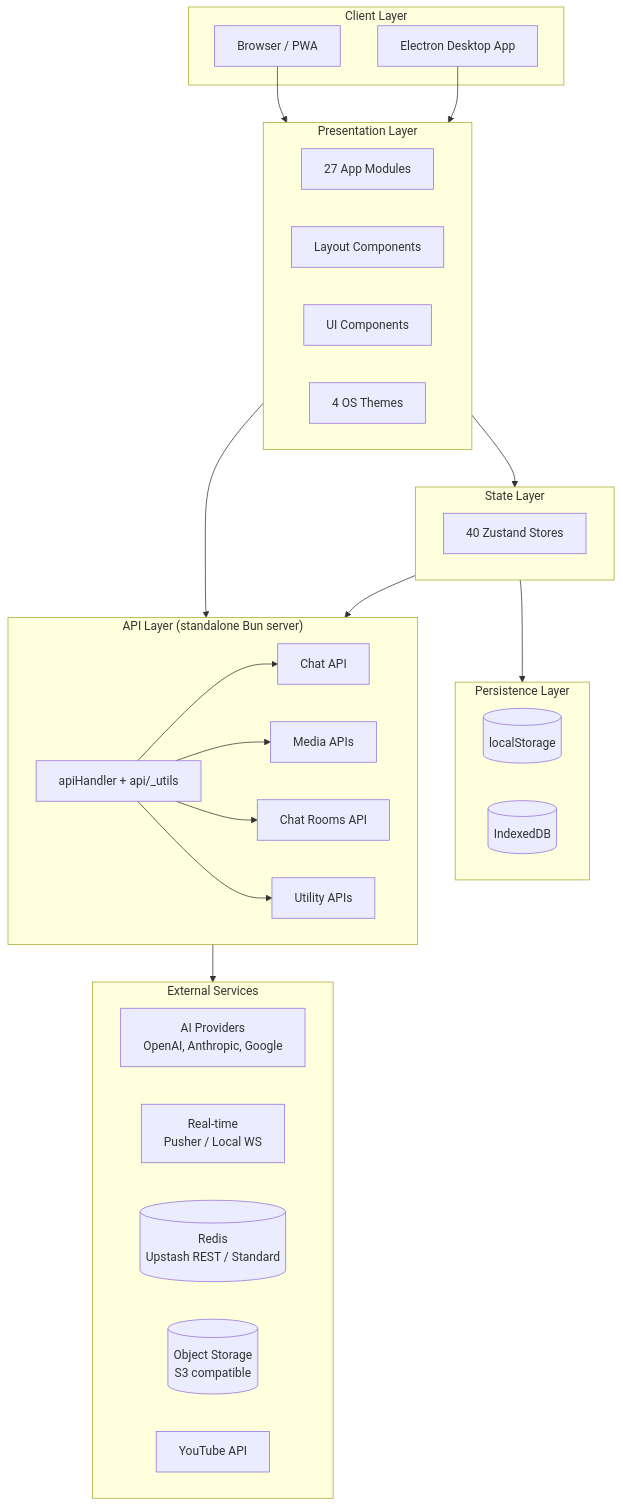
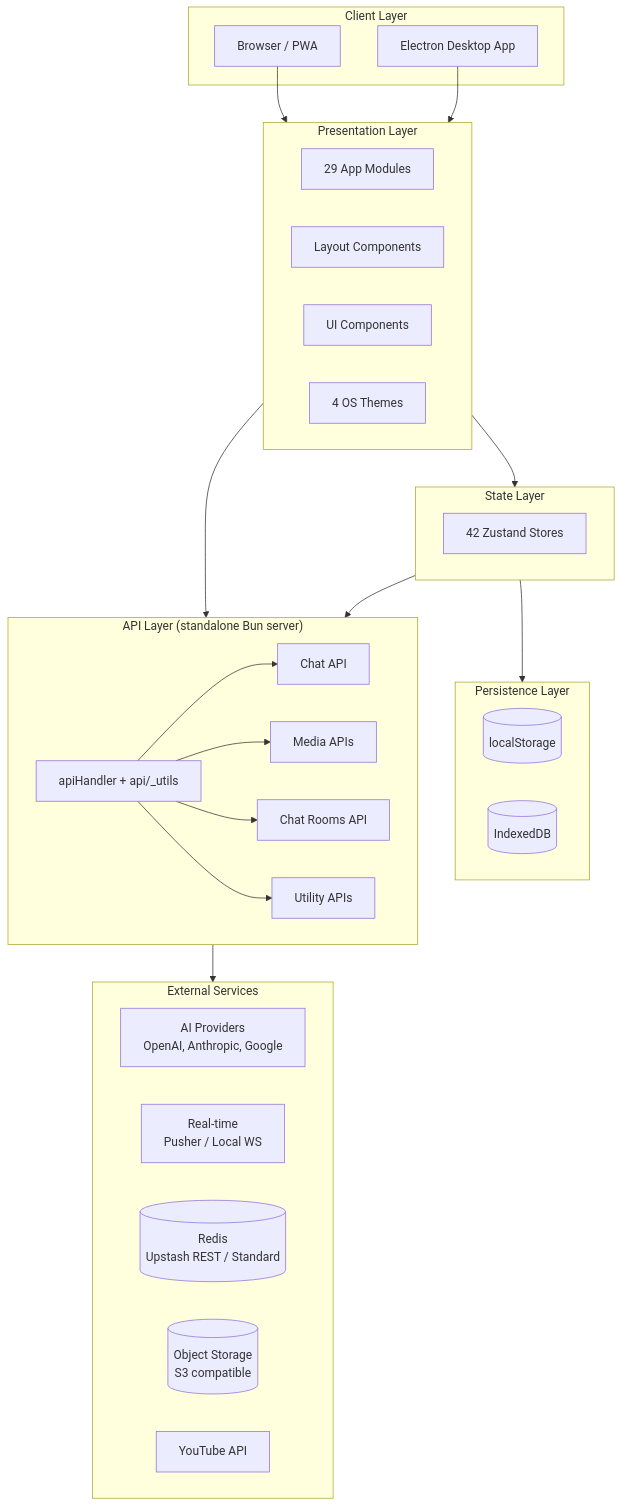
Before and after one commit to ryokun6/ryos: the first of 6 diagrams in docs/1.1-architecture.md, drawn with Mermaid. The commit also changed other lines of this file and 76 other files, not shown here.

````diff
--- a/docs/1.1-architecture.md
+++ b/docs/1.1-architecture.md
@@ -7,51 +7,51 @@
 ```mermaid
 graph TB
     subgraph Client["Client Layer"]
         Browser[Browser / PWA]
         Desktop[Electron Desktop App]
     end
     
     subgraph Presentation["Presentation Layer"]
-        Apps[27 App Modules]
+        Apps[29 App Modules]
         Layout[Layout Components]
         UI[UI Components]
         Themes[4 OS Themes]
     end
     
     subgraph State["State Layer"]
-        Zustand[40 Zustand Stores]
+        Zustand[42 Zustand Stores]
     end
     
     subgraph Persistence["Persistence Layer"]
         LocalStorage[(localStorage)]
         IndexedDB[(IndexedDB)]
     end
     
     subgraph API["API Layer (standalone Bun server)"]
         Shared[apiHandler + api/_utils]
         Chat[Chat API]
         Media[Media APIs]
         Rooms[Chat Rooms API]
         Utility[Utility APIs]
     end
     
     subgraph External["External Services"]
         AI[AI Providers<br/>OpenAI, Anthropic, Google]
         Realtime[Real-time<br/>Pusher / Local WS]
         Redis[(Redis<br/>Upstash REST / Standard)]
         ObjectStorage[(Object Storage<br/>S3 compatible)]
         YouTube[YouTube API]
     end
     
     Browser --> Presentation
     Desktop --> Presentation
     Presentation --> State
     State --> Persistence
     Presentation --> API
     Shared --> Chat
     Shared --> Media
     Shared --> Rooms
     Shared --> Utility
     API --> External
     State --> API
 ```
````
